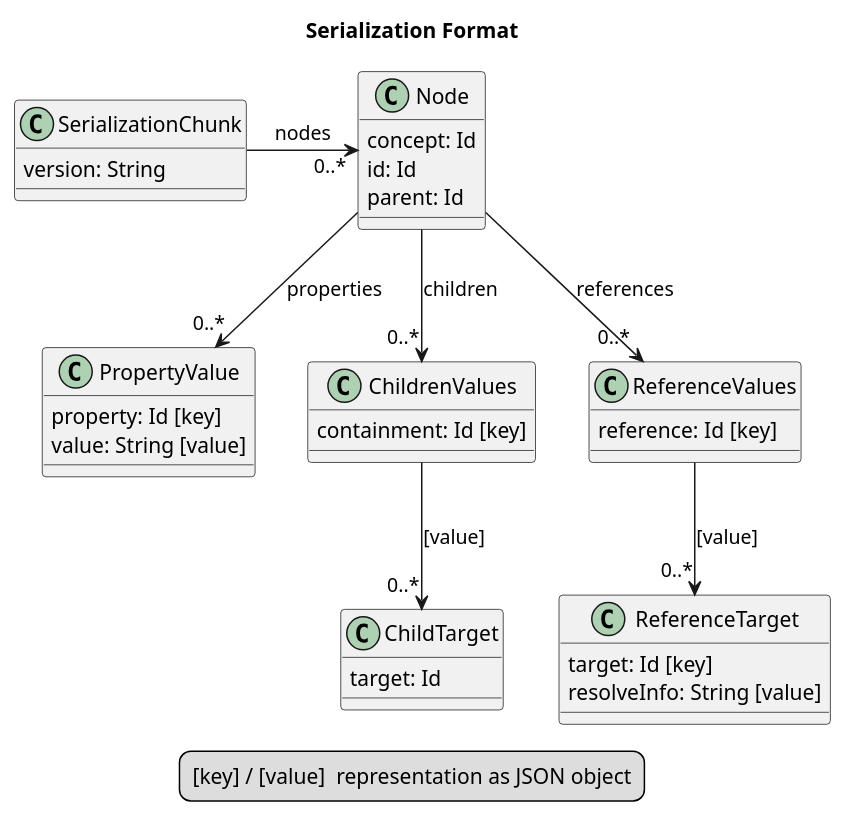
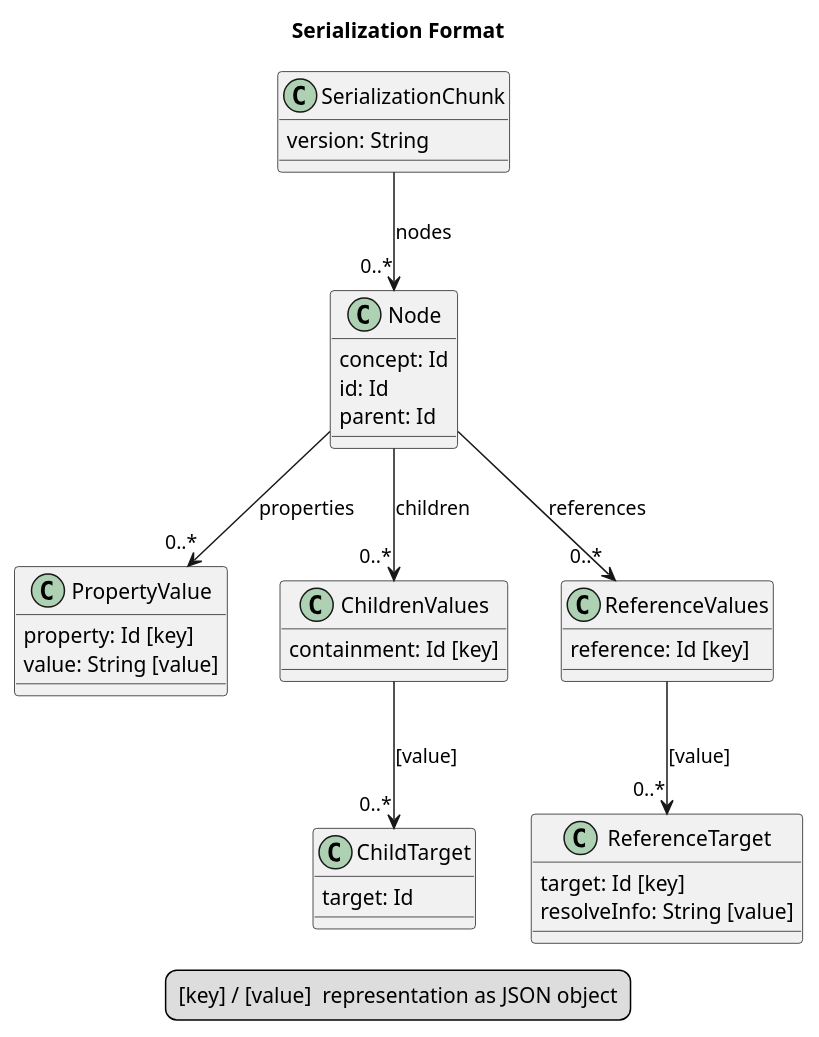
The diagram in lioncore/serialization.puml (LionWeb-io/specification), drawn with PlantUML before and after one commit. The commit also changed 1 other file, not shown here.

Commit message:
low-level nodes metamodel

```diff
--- a/lioncore/serialization.puml
+++ b/lioncore/serialization.puml
@@ -1,53 +1,53 @@
 @startuml
 
 title Serialization Format
 
 legend
     <#transparent,#transparent>| [key] / [value] | representation as JSON object |
 end legend
 
 class SerializationChunk {
     version: String
 }
 
-SerializationChunk -> "0..*" Node: nodes
+SerializationChunk --> "0..*" Node: nodes
 
 class Node {
     concept: Id
     id: Id
     parent: Id
 }
 
 Node --> "0..*" PropertyValue: properties
 
 class PropertyValue {
     property: Id [key]
     value: String [value]
 }
 
 Node --> "0..*" ChildrenValues: children
 
 class ChildrenValues {
     containment: Id [key]
 }
 
 ChildrenValues --> "0..*" ChildTarget: [value]
 
 class ChildTarget {
     target: Id
 }
 
 Node --> "0..*" ReferenceValues: references
 
 class ReferenceValues {
     reference: Id [key]
 }
 
 ReferenceValues --> "0..*" ReferenceTarget: [value]
 
 class ReferenceTarget {
     target: Id [key]
     resolveInfo: String [value]
 }
 
 @enduml
```
